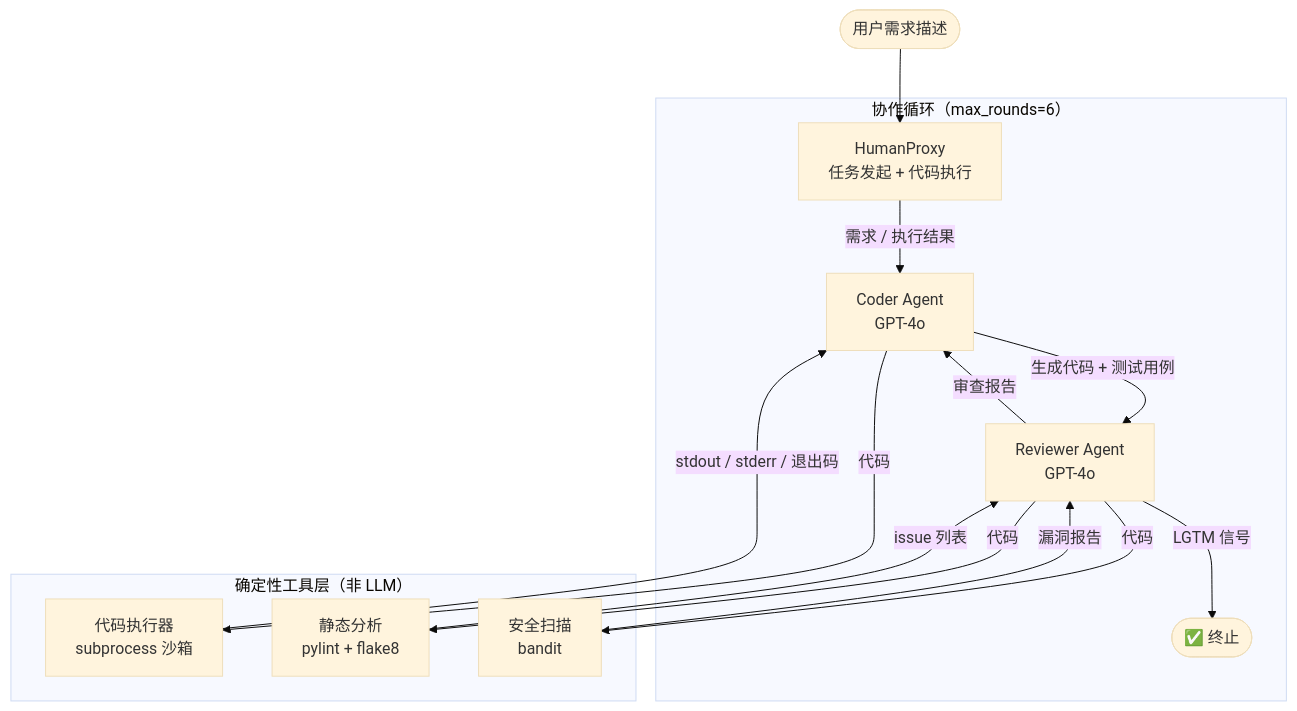
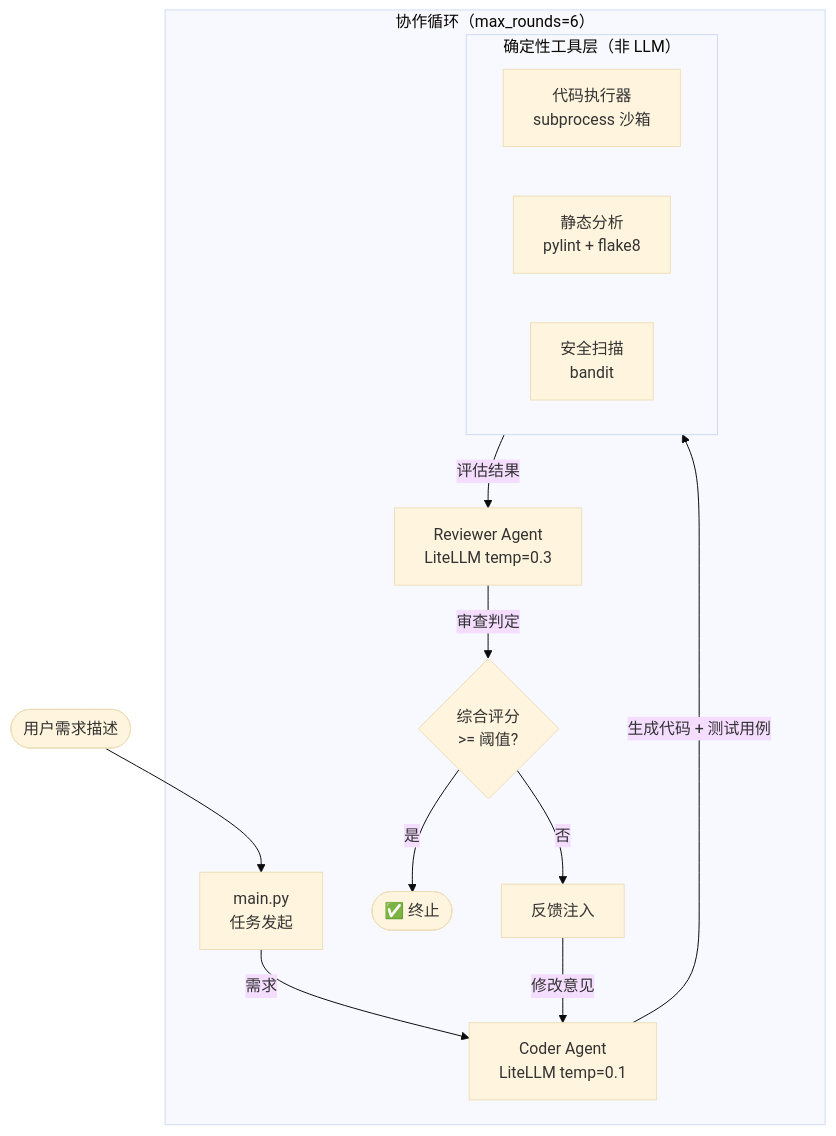
One commit to swf2020/AI-Agent-in-Practice changed the diagram in docs/AI Agent 与大模型应用开发实战手册/第五章 Multi-Agent 系统/5.4 【动手】搭建代码生成+审查的双 Agent 系统.md. Above: the diagram before and after it, drawn with Mermaid (base theme). The commit also changed other lines of this file and 40 other files, not shown here.

````diff
--- a/docs/AI Agent 与大模型应用开发实战手册/第五章 Multi-Agent 系统/5.4 【动手】搭建代码生成+审查的双 Agent 系统.md
+++ b/docs/AI Agent 与大模型应用开发实战手册/第五章 Multi-Agent 系统/5.4 【动手】搭建代码生成+审查的双 Agent 系统.md
@@ -17,24 +17,20 @@
 ```mermaid
 graph TD
-    User([用户需求描述]) --> HumanProxy
+    User([用户需求描述]) --> Main
 
     subgraph Agent_Loop["协作循环（max_rounds=6）"]
-        HumanProxy[HumanProxy<br/>任务发起 + 代码执行] -->|需求 / 执行结果| CoderAgent
-        CoderAgent[Coder Agent<br/>GPT-4o] -->|生成代码 + 测试用例| ReviewerAgent
-        ReviewerAgent[Reviewer Agent<br/>GPT-4o] -->|审查报告| CoderAgent
-        ReviewerAgent -->|LGTM 信号| Terminate([✅ 终止])
+        Main[main.py<br/>任务发起] -->|需求| CoderAgent
+        CoderAgent[Coder Agent<br/>LiteLLM temp=0.1] -->|生成代码 + 测试用例| Tools
+        Tools[工具层<br/>pytest / pylint+flake8 / bandit] -->|评估结果| ReviewerAgent
+        ReviewerAgent[Reviewer Agent<br/>LiteLLM temp=0.3] -->|审查判定| Decision{综合评分<br/>>= 阈值?}
+        Decision -->|是| Terminate([✅ 终止])
+        Decision -->|否| Feedback[反馈注入]
+        Feedback -->|修改意见| CoderAgent
     end
 
     subgraph Tools["确定性工具层（非 LLM）"]
         CodeRunner[代码执行器<br/>subprocess 沙箱]
         Linter[静态分析<br/>pylint + flake8]
         SecurityScan[安全扫描<br/>bandit]
     end
-
-    CoderAgent -->|代码| CodeRunner
-    CodeRunner -->|stdout / stderr / 退出码| CoderAgent
-    ReviewerAgent -->|代码| Linter
-    ReviewerAgent -->|代码| SecurityScan
-    Linter -->|issue 列表| ReviewerAgent
-    SecurityScan -->|漏洞报告| ReviewerAgent
 ```
````
